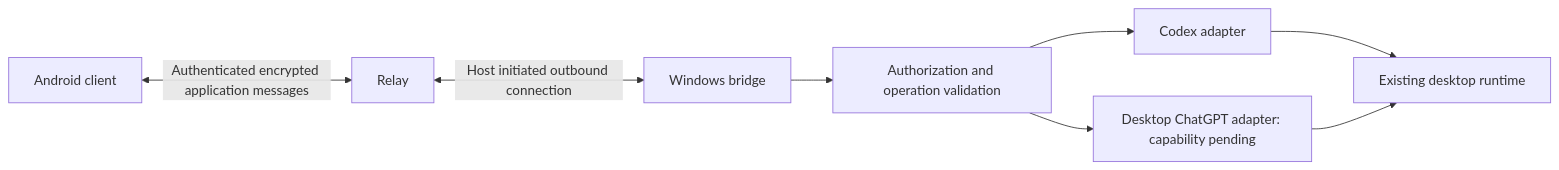
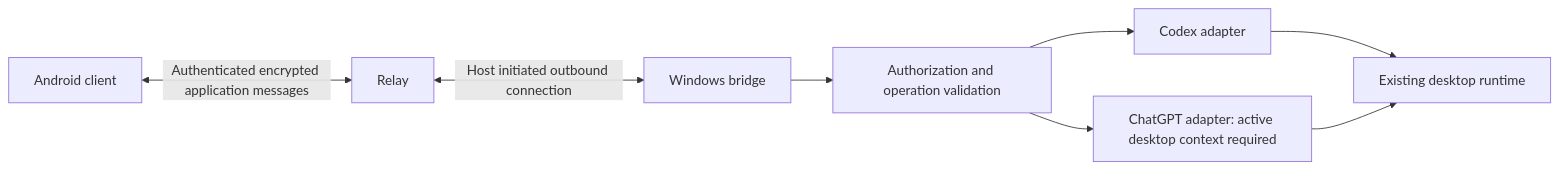
The diagram in docs/architecture.md (Andy7016/codex-device-bridge), drawn with Mermaid before and after one commit. The commit also changed other lines of this file and 18 other files, not shown here.

````diff
--- a/docs/architecture.md
+++ b/docs/architecture.md
@@ -7,10 +7,10 @@
 ```mermaid
 flowchart LR
   A[Android client] <-->|Authenticated encrypted application messages| R[Relay]
   R <-->|Host initiated outbound connection| B[Windows bridge]
   B --> P[Authorization and operation validation]
   P --> C[Codex adapter]
-  P --> G[Desktop ChatGPT adapter: capability pending]
+  P --> G[ChatGPT adapter: active desktop context required]
   C --> D[Existing desktop runtime]
   G --> D
 ```
````
